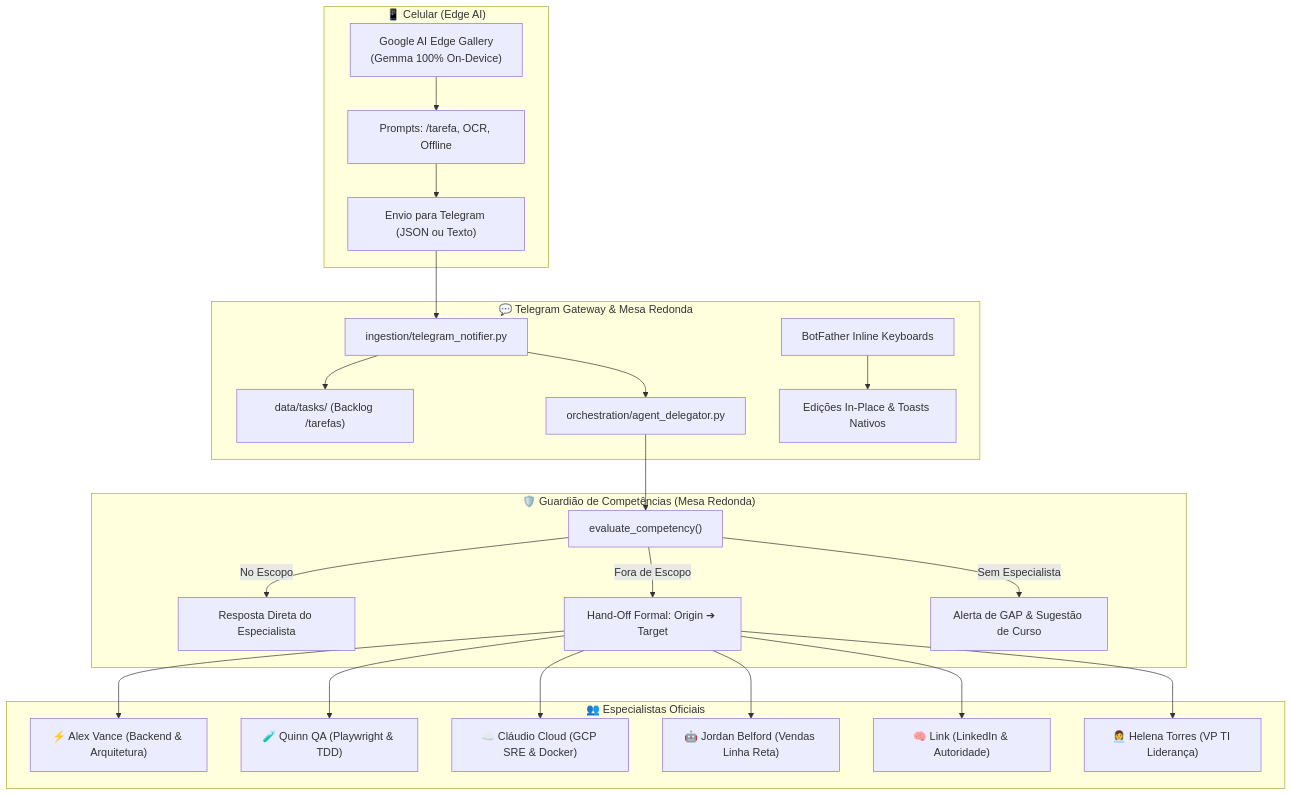
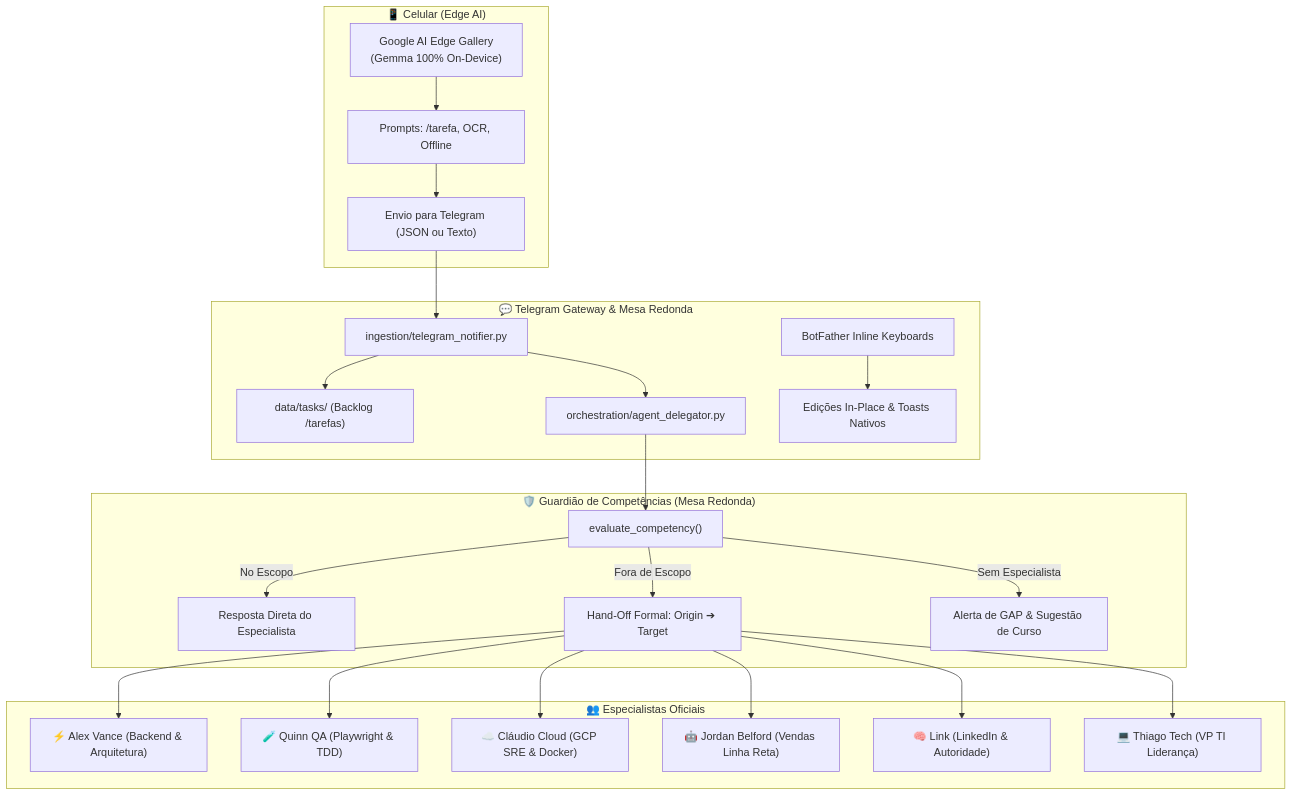
Before and after one commit to RodrigoBettio/oraculo: the diagram in walkthrough.md, drawn with Mermaid. The commit also changed other lines of this file and 15 other files, not shown here.

Commit message:
fix(agents): unify Thiago Tech CTO persona and standardize rich skill compilation

````diff
--- a/walkthrough.md
+++ b/walkthrough.md
@@ -10,30 +10,30 @@
 ```mermaid
 flowchart TD
     subgraph Edge ["📱 Celular (Edge AI)"]
         Gemma["Google AI Edge Gallery<br>(Gemma 100% On-Device)"] --> Prompts["Prompts: /tarefa, OCR, Offline"]
         Prompts --> TG_Input["Envio para Telegram (JSON ou Texto)"]
     end
 
     subgraph Telegram_Cockpit ["💬 Telegram Gateway & Mesa Redonda"]
         TG_Input --> Router["ingestion/telegram_notifier.py"]
         Router --> TaskBacklog["data/tasks/ (Backlog /tarefas)"]
         Router --> Delegator["orchestration/agent_delegator.py"]
         InlineUI["BotFather Inline Keyboards"] --> InPlace["Edições In-Place & Toasts Nativos"]
     end
 
     subgraph Guardiao ["🛡️ Guardião de Competências (Mesa Redonda)"]
         Delegator --> CompEval["evaluate_competency()"]
         CompEval -->|No Escopo| DirectAns["Resposta Direta do Especialista"]
         CompEval -->|Fora de Escopo| HandOff["Hand-Off Formal: Origin ➔ Target"]
         CompEval -->|Sem Especialista| TeamGap["Alerta de GAP & Sugestão de Curso"]
     end
 
     subgraph Especialistas ["👥 Especialistas Oficiais"]
         HandOff --> Vance["⚡ Alex Vance (Backend & Arquitetura)"]
         HandOff --> Quinn["🧪 Quinn QA (Playwright & TDD)"]
         HandOff --> Claudio["☁️ Cláudio Cloud (GCP SRE & Docker)"]
         HandOff --> Jordan["🤖 Jordan Belford (Vendas Linha Reta)"]
         HandOff --> Link["🧠 Link (LinkedIn & Autoridade)"]
-        HandOff --> Helena["👩‍💼 Helena Torres (VP TI Liderança)"]
+        HandOff --> Thiago["💻 Thiago Tech (VP TI Liderança)"]
     end
 ```
````
